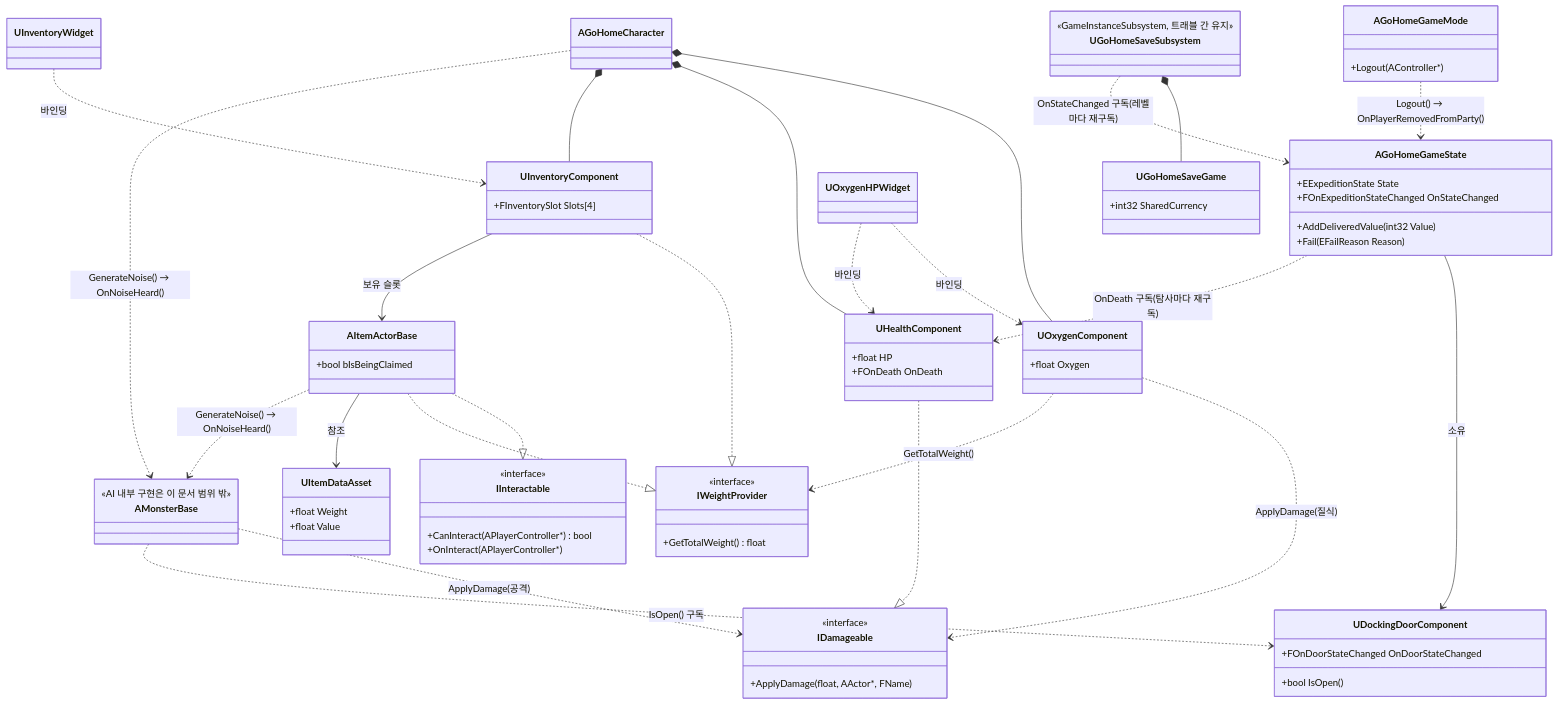
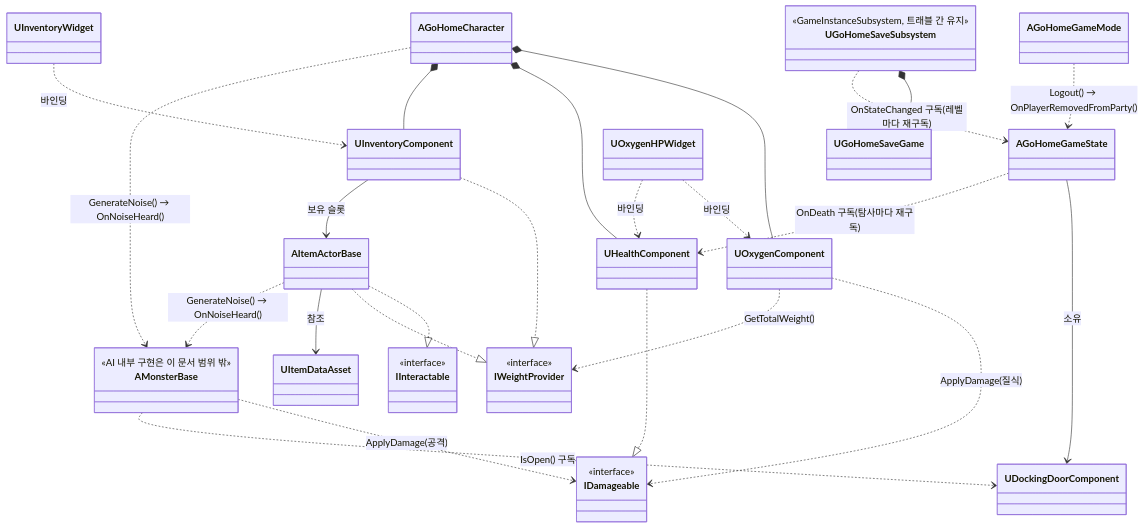
The diagram in Docs/Dev/ARCHITECTURE.md (csk9914/GoHome), drawn with Mermaid before and after one commit. The commit also changed other lines of this file and 16 other files, not shown here.

````diff
--- a/Docs/Dev/ARCHITECTURE.md
+++ b/Docs/Dev/ARCHITECTURE.md
@@ -187,56 +190,30 @@
 ```mermaid
 classDiagram
     %% Core
-    class AGoHomeGameState {
-        +EExpeditionState State
-        +AddDeliveredValue(int32 Value)
-        +Fail(EFailReason Reason)
-        +FOnExpeditionStateChanged OnStateChanged
-    }
-    class UDockingDoorComponent {
-        +bool IsOpen()
-        +FOnDoorStateChanged OnDoorStateChanged
-    }
-    class AGoHomeGameMode {
-        +Logout(AController*)
-    }
+    class AGoHomeGameState
+    class UDockingDoorComponent
+    class AGoHomeGameMode
 
     %% Player
     class AGoHomeCharacter
-    class UOxygenComponent {
-        +float Oxygen
-    }
-    class UHealthComponent {
-        +float HP
-        +FOnDeath OnDeath
-    }
+    class UOxygenComponent
+    class UHealthComponent
     class IDamageable {
         <<interface>>
-        +ApplyDamage(float, AActor*, FName)
     }
 
     %% Interaction
-    class UInventoryComponent {
-        +FInventorySlot Slots[4]
-    }
+    class UInventoryComponent
     class IWeightProvider {
         <<interface>>
-        +GetTotalWeight() float
     }
     class IInteractable {
         <<interface>>
-        +CanInteract(APlayerController*) bool
-        +OnInteract(APlayerController*)
     }
 
     %% Item
-    class AItemActorBase {
-        +bool bIsBeingClaimed
-    }
-    class UItemDataAsset {
-        +float Weight
-        +float Value
-    }
+    class AItemActorBase
+    class UItemDataAsset
 
     %% AI (경계만)
     class AMonsterBase {
@@ -244,9 +221,7 @@
     }
 
     %% Save
-    class UGoHomeSaveGame {
-        +int32 SharedCurrency
-    }
+    class UGoHomeSaveGame
     class UGoHomeSaveSubsystem {
         <<GameInstanceSubsystem, 트래블 간 유지>>
     }
````
